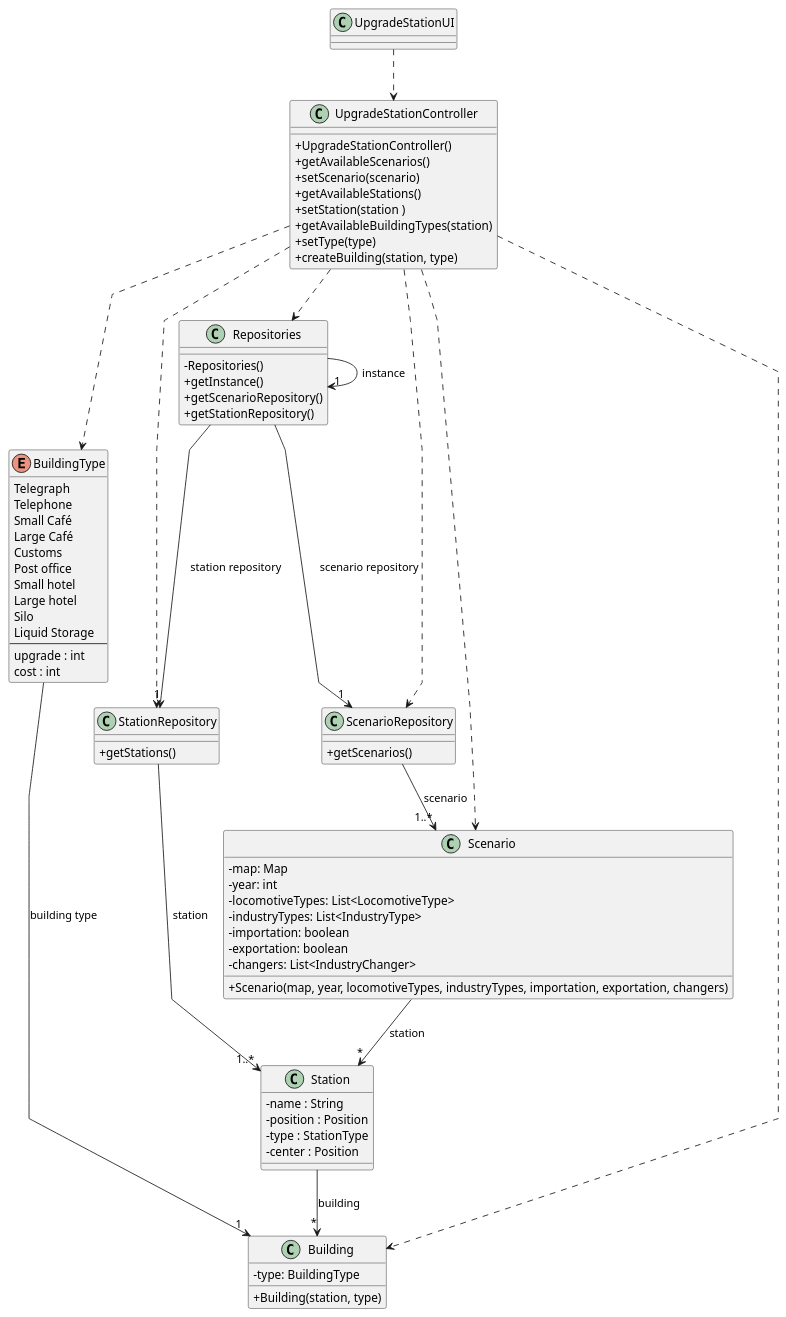
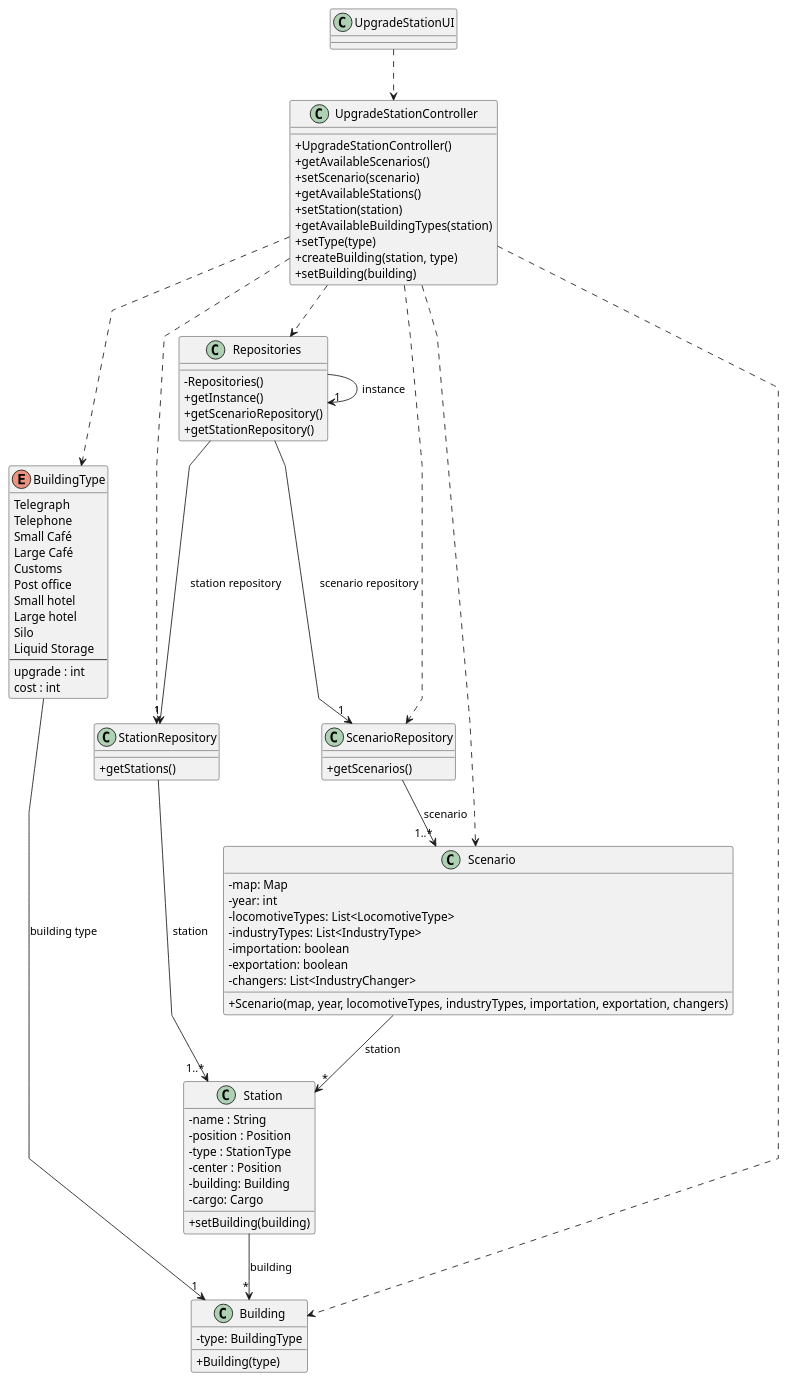
Before and after one commit to 1240935/pi2-railway-simulator: the diagram in Sprint2/US006/03.design/puml/US006-CD.puml, drawn with PlantUML. The commit also changed 13 other files, not shown here.

```diff
--- a/Sprint2/US006/03.design/puml/US006-CD.puml
+++ b/Sprint2/US006/03.design/puml/US006-CD.puml
@@ -1,99 +1,102 @@
 @startuml
 'skinparam monochrome true
 skinparam packageStyle rectangle
 skinparam shadowing false
 skinparam linetype polyline
 'skinparam linetype orto
 
 skinparam classAttributeIconSize 0
 
 'left to right direction
 
 class UpgradeStationUI {
 }
 
 class UpgradeStationController {
     + UpgradeStationController()
     + getAvailableScenarios()
     + setScenario(scenario)
     + getAvailableStations()
-    + setStation(station )
+    + setStation(station)
     + getAvailableBuildingTypes(station)
     + setType(type)
     + createBuilding(station, type)
+    + setBuilding(building)
 }
 
 class ScenarioRepository {
     + getScenarios()
 }
 
 class StationRepository {
     + getStations()
 }
 
 class Repositories {
     - Repositories()
     + getInstance()
     + getScenarioRepository()
     + getStationRepository()
 }
 
 enum BuildingType {
     Telegraph
     Telephone
     Small Café
     Large Café
     Customs
     Post office
     Small hotel
     Large hotel
     Silo
     Liquid Storage
     --
     upgrade : int
     cost : int
 }
 
 class Building {
     -type: BuildingType
-    + Building(station, type)
+    + Building(type)
 }
 
 class Station{
     -name : String
     -position : Position
     -type : StationType
     -center : Position
+    -building: Building
+    -cargo: Cargo
+    +setBuilding(building)
 }
 
 class Scenario {
-       -map: Map
-       -year: int
-       -locomotiveTypes: List<LocomotiveType>
-       -industryTypes: List<IndustryType>
-       -importation: boolean
-       -exportation: boolean
-       -changers: List<IndustryChanger>
-       +Scenario(map, year, locomotiveTypes, industryTypes, importation, exportation, changers)
-     }
+    -map: Map
+    -year: int
+    -locomotiveTypes: List<LocomotiveType>
+    -industryTypes: List<IndustryType>
+    -importation: boolean
+    -exportation: boolean
+    -changers: List<IndustryChanger>
+    +Scenario(map, year, locomotiveTypes, industryTypes, importation, exportation, changers)
+}
 
 
-' Relationships
 UpgradeStationUI ..> UpgradeStationController
 UpgradeStationController ..> Repositories
 UpgradeStationController ..> ScenarioRepository
 UpgradeStationController ..> StationRepository
 UpgradeStationController ..> BuildingType
 UpgradeStationController ..> Building
 UpgradeStationController ..> Scenario
 ScenarioRepository --> "1..*" Scenario  : scenario
 StationRepository --> "1..*" Station  : station
 Scenario --> "*" Station : station
 Station --> "*" Building : building
 Repositories --> "1" ScenarioRepository : scenario repository
 Repositories -> "1" Repositories : instance
 Repositories --> "1" StationRepository : station repository
 BuildingType --> "1" Building : building type
 
 
 @enduml
```
